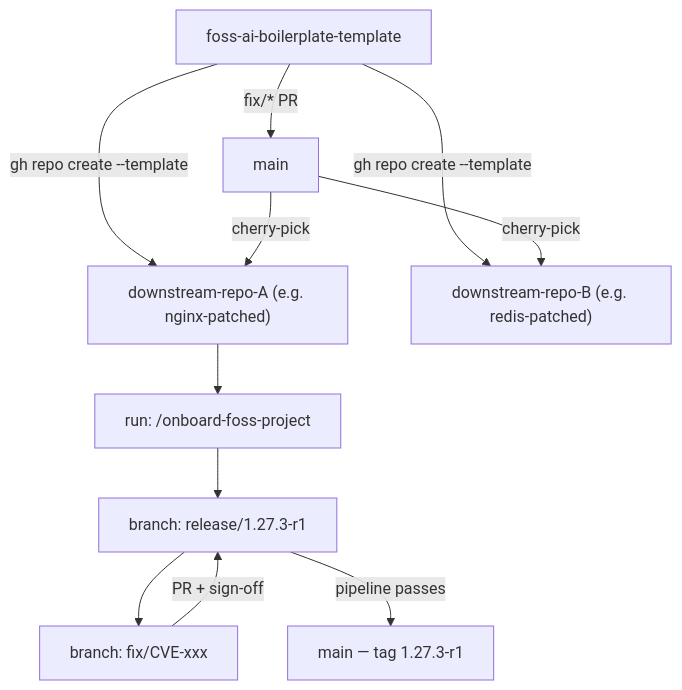
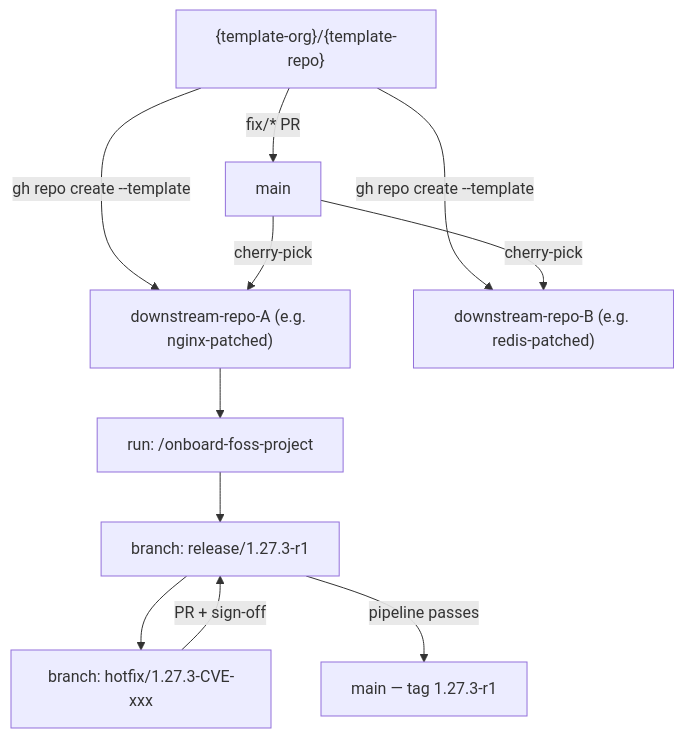
One commit to potkei/foss-ai-boilerplate-template changed the diagram in docs/operations/template-workflow.md. Above: the diagram before and after it, drawn with Mermaid. The commit also changed other lines of this file and 12 other files, not shown here.

````diff
--- a/docs/operations/template-workflow.md
+++ b/docs/operations/template-workflow.md
@@ -9,16 +9,16 @@
 ```mermaid
 graph TD
-    T["foss-ai-boilerplate-template"]
+    T["{template-org}/{template-repo}"]
     T -->|"gh repo create --template"| A["downstream-repo-A (e.g. nginx-patched)"]
     T -->|"gh repo create --template"| B["downstream-repo-B (e.g. redis-patched)"]
 
     A --> A1["run: /onboard-foss-project"]
     A1 --> A2["branch: release/1.27.3-r1"]
-    A2 --> A3["branch: fix/CVE-xxx"]
+    A2 --> A3["branch: hotfix/1.27.3-CVE-xxx"]
     A3 -->|"PR + sign-off"| A2
     A2 -->|"pipeline passes"| A4["main — tag 1.27.3-r1"]
 
     T -->|"fix/* PR"| TM["main"]
     TM -->|"cherry-pick"| A
     TM -->|"cherry-pick"| B
 ```
````
